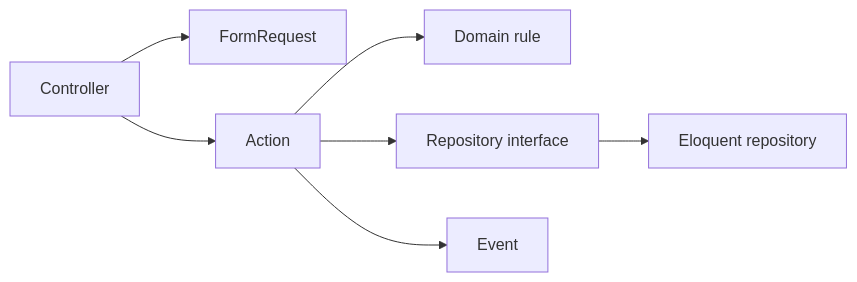
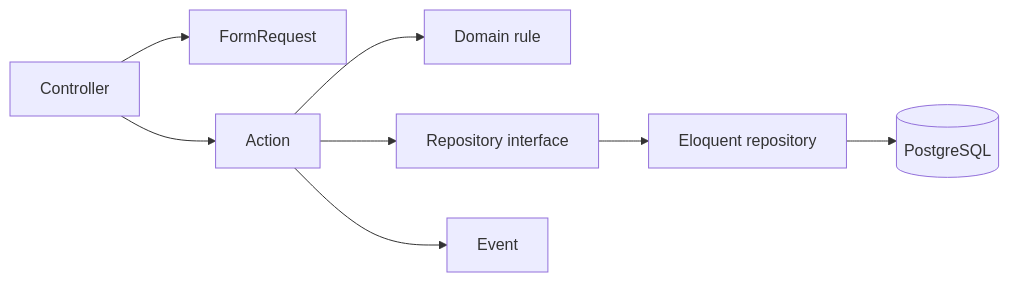
The second of 6 diagrams in docs/ENGINEERING_CONSTITUTION.md (muhammadelalfy/LMS), drawn with Mermaid before and after one commit. The commit also changed other lines of this file, not shown here.

````diff
--- a/docs/ENGINEERING_CONSTITUTION.md
+++ b/docs/ENGINEERING_CONSTITUTION.md
@@ -186,9 +249,10 @@
 ```mermaid
 flowchart LR
     Controller --> Request[FormRequest]
     Controller --> Action
     Action --> Rule[Domain rule]
     Action --> RepoI[Repository interface]
     RepoI --> Eloquent[Eloquent repository]
+    Eloquent --> PG[(PostgreSQL)]
     Action --> Event
 ```
````
